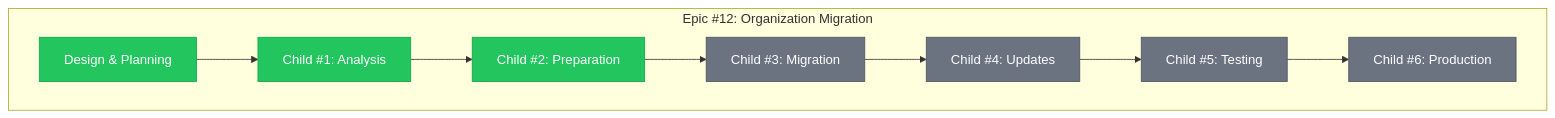
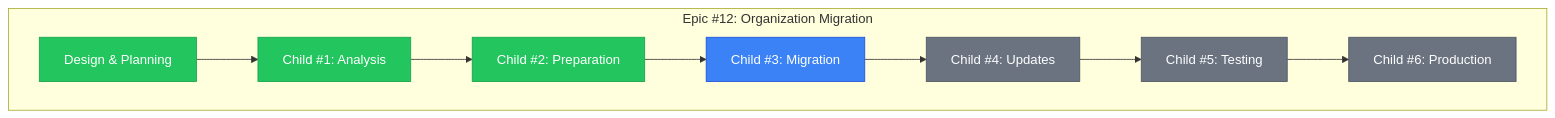
One commit to info-tech-io/info-tech-io.github.io changed the first of 2 diagrams in docs/proposals/epic-12-organization-migration/progress.md. Above: the diagram before and after it, drawn with Mermaid. The commit also changed other lines of this file and 12 other files, not shown here.

````diff
--- a/docs/proposals/epic-12-organization-migration/progress.md
+++ b/docs/proposals/epic-12-organization-migration/progress.md
@@ -12,20 +12,20 @@
 ```mermaid
 graph TD
     subgraph "Epic #12: Organization Migration"
         A[Design & Planning] --> B[Child #1: Analysis]
         B --> C[Child #2: Preparation]
         C --> D[Child #3: Migration]
         D --> E[Child #4: Updates]
         E --> F[Child #5: Testing]
         F --> G[Child #6: Production]
     end
 
     classDef completed fill:#22c55e,stroke:#16a34a,color:#fff
     classDef inProgress fill:#3b82f6,stroke:#1d4ed8,color:#fff
     classDef pending fill:#6b7280,stroke:#4b5563,color:#fff
     classDef blocked fill:#ef4444,stroke:#dc2626,color:#fff
 
     class A,B,C completed
-    class D pending
+    class D inProgress
     class E,F,G pending
 ```
````
